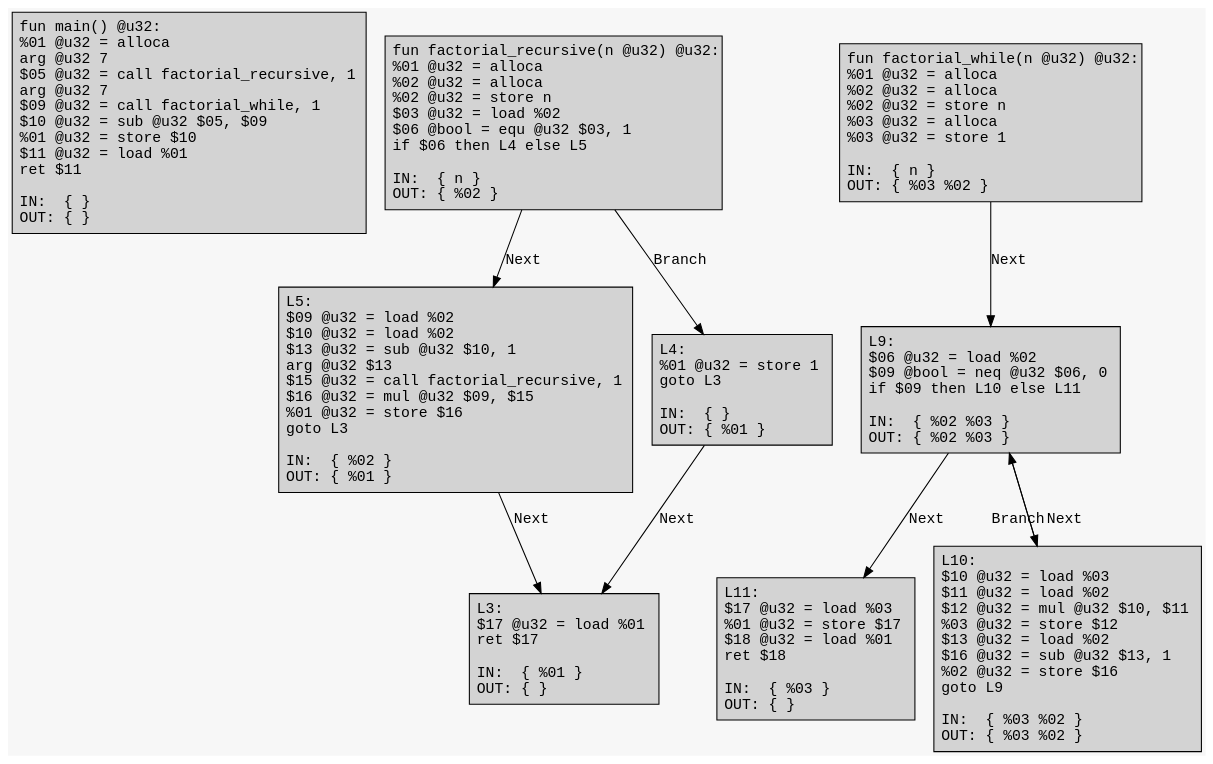
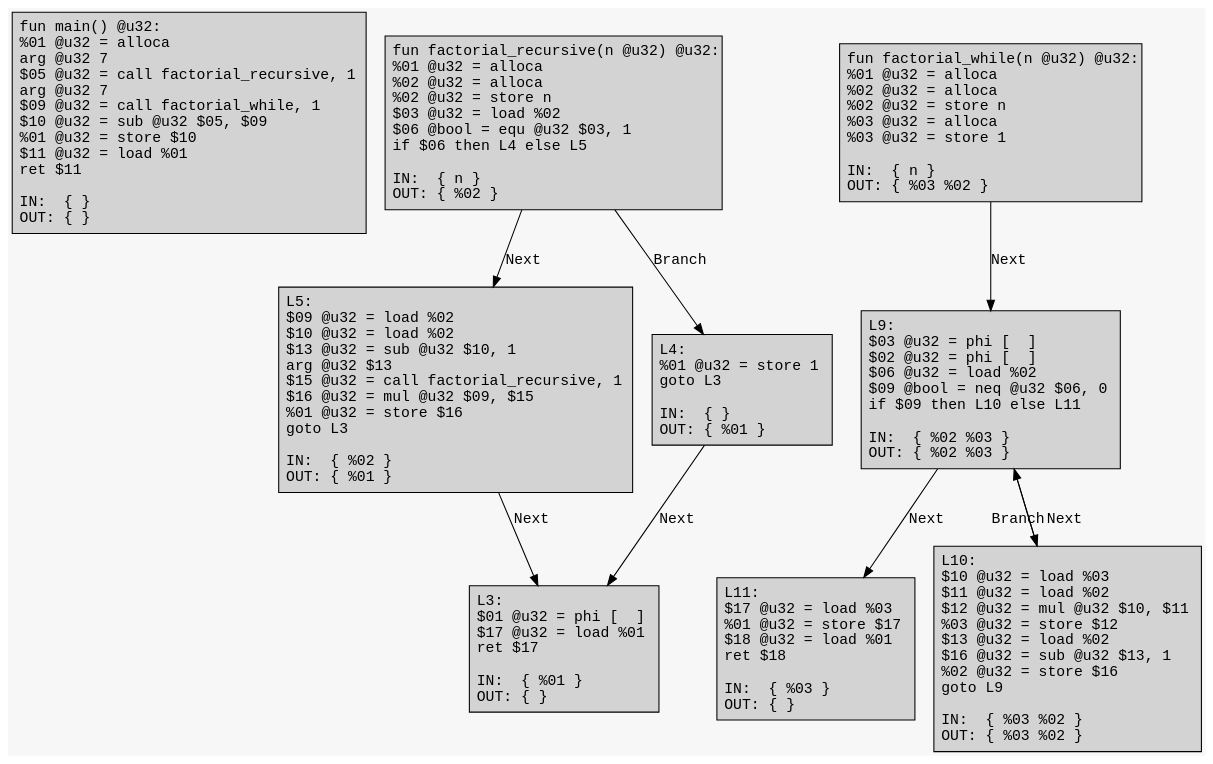
Before and after one commit to ArkoiSystems/arkoi_language: the diagram in example/factorial/factorial.dot, drawn with Graphviz. The commit also changed 8 other files, not shown here.

```diff
--- a/example/factorial/factorial.dot
+++ b/example/factorial/factorial.dot
@@ -1,25 +1,25 @@
 digraph CFG {
 	graph [fontname = "Monospace"];
 	node  [fontname = "Monospace", shape=box, style=filled, margin=0.1];
 	edge  [fontname = "Monospace"];
 	bgcolor = "#f7f7f7";
 	splines = false;
 
 	L0 [label="fun main() @u32:\l %01 @u32 = alloca\l arg @u32 7\l $05 @u32 = call factorial_recursive, 1\l arg @u32 7\l $09 @u32 = call factorial_while, 1\l $10 @u32 = sub @u32 $05, $09\l %01 @u32 = store $10\l $11 @u32 = load %01\l ret $11\l\lIN:  { }\lOUT: { }\l"];
 	L2 [label="fun factorial_recursive(n @u32) @u32:\l %01 @u32 = alloca\l %02 @u32 = alloca\l %02 @u32 = store n\l $03 @u32 = load %02\l $06 @bool = equ @u32 $03, 1\l if $06 then L4 else L5\l\lIN:  { n }\lOUT: { %02 }\l"];
 	L2 -> L5 [label="Next"];
 	L2 -> L4 [label="Branch"];
 	L5 [label="L5:\l $09 @u32 = load %02\l $10 @u32 = load %02\l $13 @u32 = sub @u32 $10, 1\l arg @u32 $13\l $15 @u32 = call factorial_recursive, 1\l $16 @u32 = mul @u32 $09, $15\l %01 @u32 = store $16\l goto L3\l\lIN:  { %02 }\lOUT: { %01 }\l"];
 	L5 -> L3 [label="Next"];
-	L3 [label="L3:\l $17 @u32 = load %01\l ret $17\l\lIN:  { %01 }\lOUT: { }\l"];
+	L3 [label="L3:\l $01 @u32 = phi [  ]\l $17 @u32 = load %01\l ret $17\l\lIN:  { %01 }\lOUT: { }\l"];
 	L4 [label="L4:\l %01 @u32 = store 1\l goto L3\l\lIN:  { }\lOUT: { %01 }\l"];
 	L4 -> L3 [label="Next"];
 	L7 [label="fun factorial_while(n @u32) @u32:\l %01 @u32 = alloca\l %02 @u32 = alloca\l %02 @u32 = store n\l %03 @u32 = alloca\l %03 @u32 = store 1\l\lIN:  { n }\lOUT: { %03 %02 }\l"];
 	L7 -> L9 [label="Next"];
-	L9 [label="L9:\l $06 @u32 = load %02\l $09 @bool = neq @u32 $06, 0\l if $09 then L10 else L11\l\lIN:  { %02 %03 }\lOUT: { %02 %03 }\l"];
+	L9 [label="L9:\l $03 @u32 = phi [  ]\l $02 @u32 = phi [  ]\l $06 @u32 = load %02\l $09 @bool = neq @u32 $06, 0\l if $09 then L10 else L11\l\lIN:  { %02 %03 }\lOUT: { %02 %03 }\l"];
 	L9 -> L11 [label="Next"];
 	L9 -> L10 [label="Branch"];
 	L11 [label="L11:\l $17 @u32 = load %03\l %01 @u32 = store $17\l $18 @u32 = load %01\l ret $18\l\lIN:  { %03 }\lOUT: { }\l"];
 	L10 [label="L10:\l $10 @u32 = load %03\l $11 @u32 = load %02\l $12 @u32 = mul @u32 $10, $11\l %03 @u32 = store $12\l $13 @u32 = load %02\l $16 @u32 = sub @u32 $13, 1\l %02 @u32 = store $16\l goto L9\l\lIN:  { %03 %02 }\lOUT: { %03 %02 }\l"];
 	L10 -> L9 [label="Next"];
 }
```
